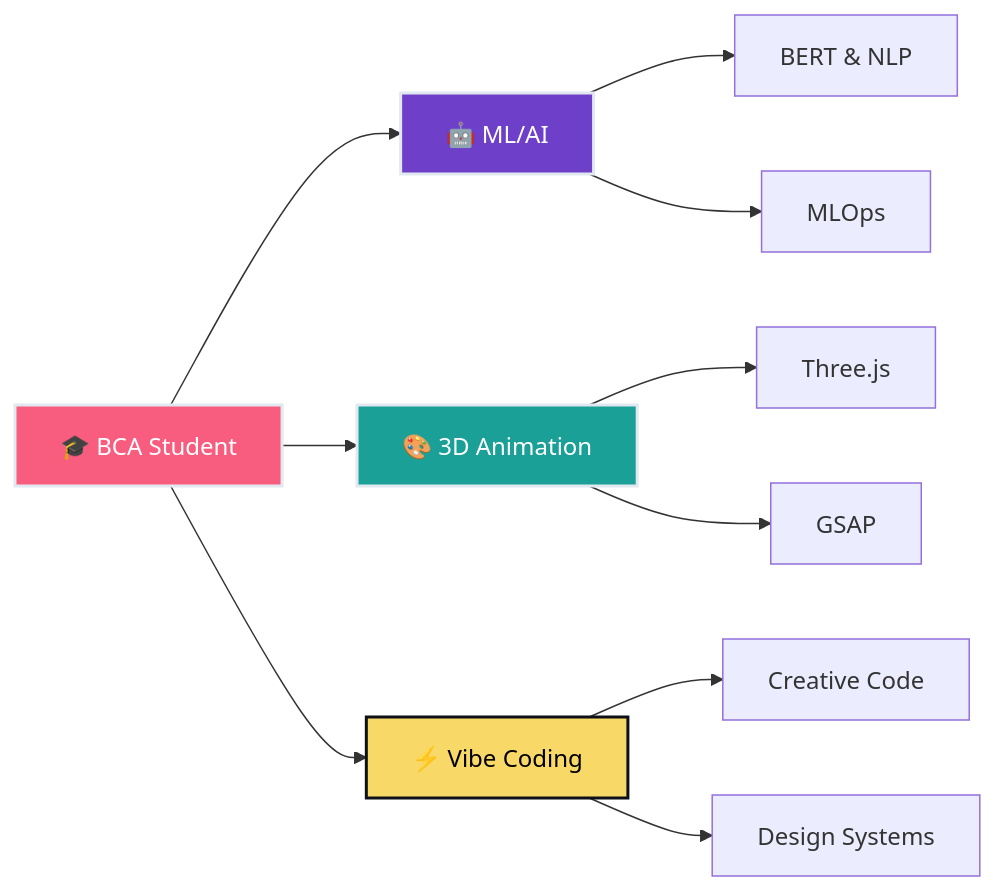
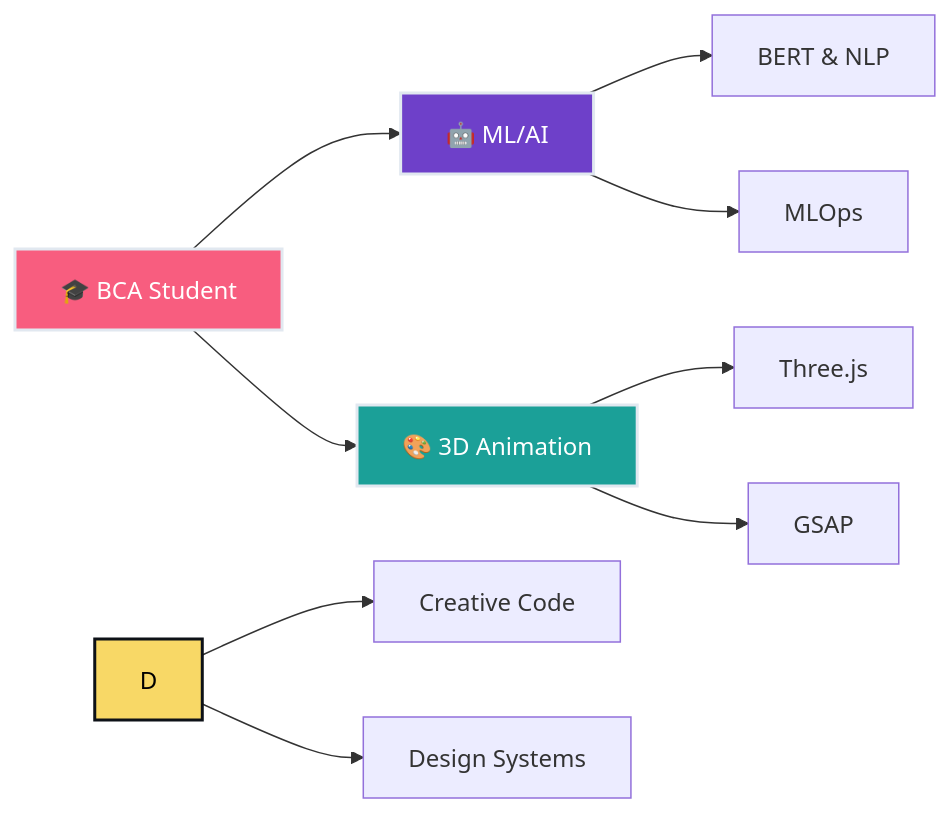
The diagram in README.md (Aaricacoding/Aaricacoding), drawn with Mermaid before and after one commit.

Commit message:
Update README.md
Removed the 'Vibe Coding' node from the diagram.

````diff
--- a/README.md
+++ b/README.md
@@ -91,16 +91,15 @@
 ```mermaid
 graph LR
     A[🎓 BCA Student] --> B[🤖 ML/AI]
     A --> C[🎨 3D Animation]
-    A --> D[⚡ Vibe Coding]
     B --> E[BERT & NLP]
     B --> F[MLOps]
     C --> G[Three.js]
     C --> H[GSAP]
     D --> I[Creative Code]
     D --> J[Design Systems]
     style A fill:#F85D7F,stroke:#E1E8F0,stroke-width:2px,color:#fff
     style B fill:#6E40C9,stroke:#E1E8F0,stroke-width:2px,color:#fff
     style C fill:#1BA098,stroke:#E1E8F0,stroke-width:2px,color:#fff
     style D fill:#F8D866,stroke:#0D1117,stroke-width:2px,color:#000
 ```
````
